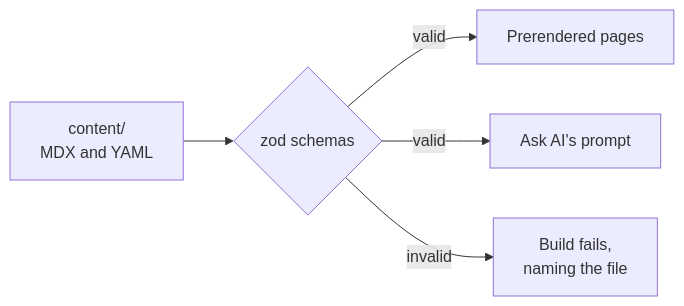
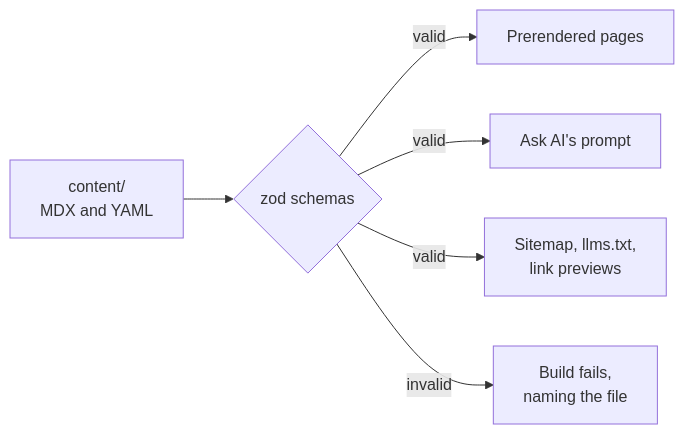
One commit to alex4204/alexpooler-com-portfolio changed the second of 4 diagrams in README.md. Above: the diagram before and after it, drawn with Mermaid. The commit also changed other lines of this file and 55 other files, not shown here.

````diff
--- a/README.md
+++ b/README.md
@@ -50,7 +50,8 @@
 ```mermaid
 flowchart LR
     files["content/<br/>MDX and YAML"] --> schemas{"zod schemas"}
     schemas -->|valid| pages["Prerendered pages"]
     schemas -->|valid| prompt["Ask AI's prompt"]
+    schemas -->|valid| discovery["Sitemap, llms.txt,<br/>link previews"]
     schemas -->|"invalid"| fail["Build fails,<br/>naming the file"]
 ```
````
